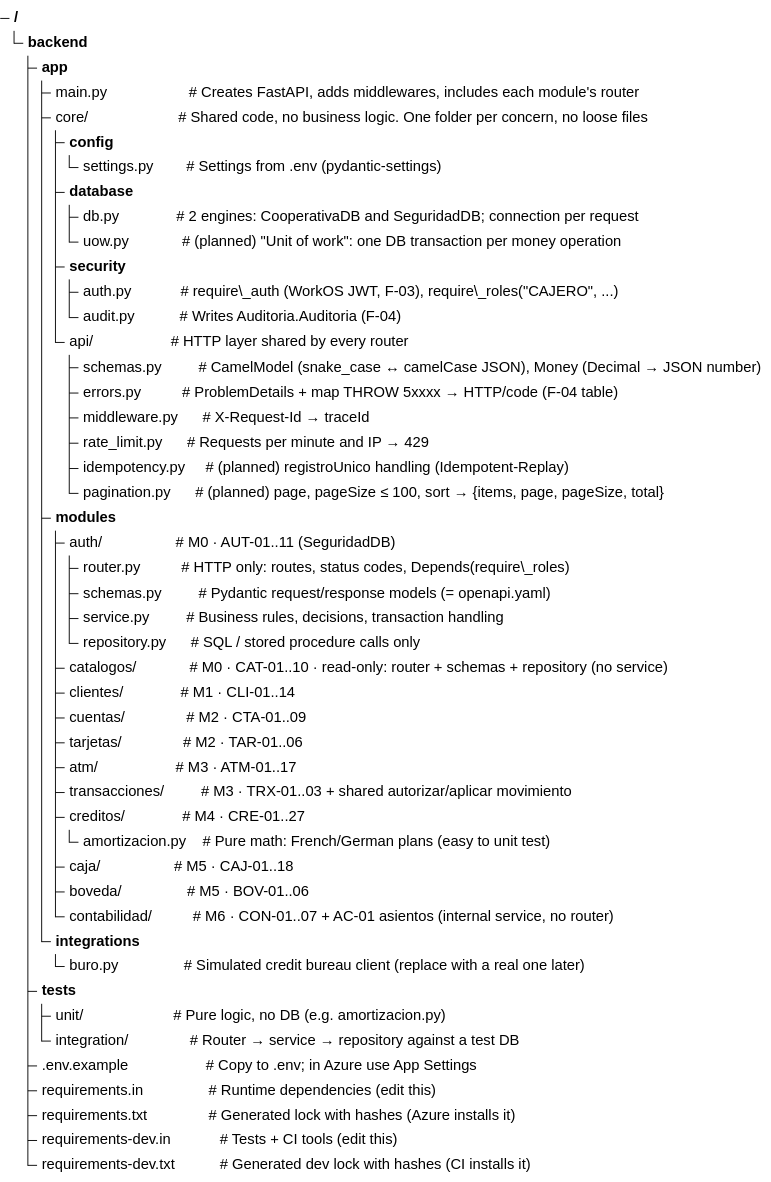
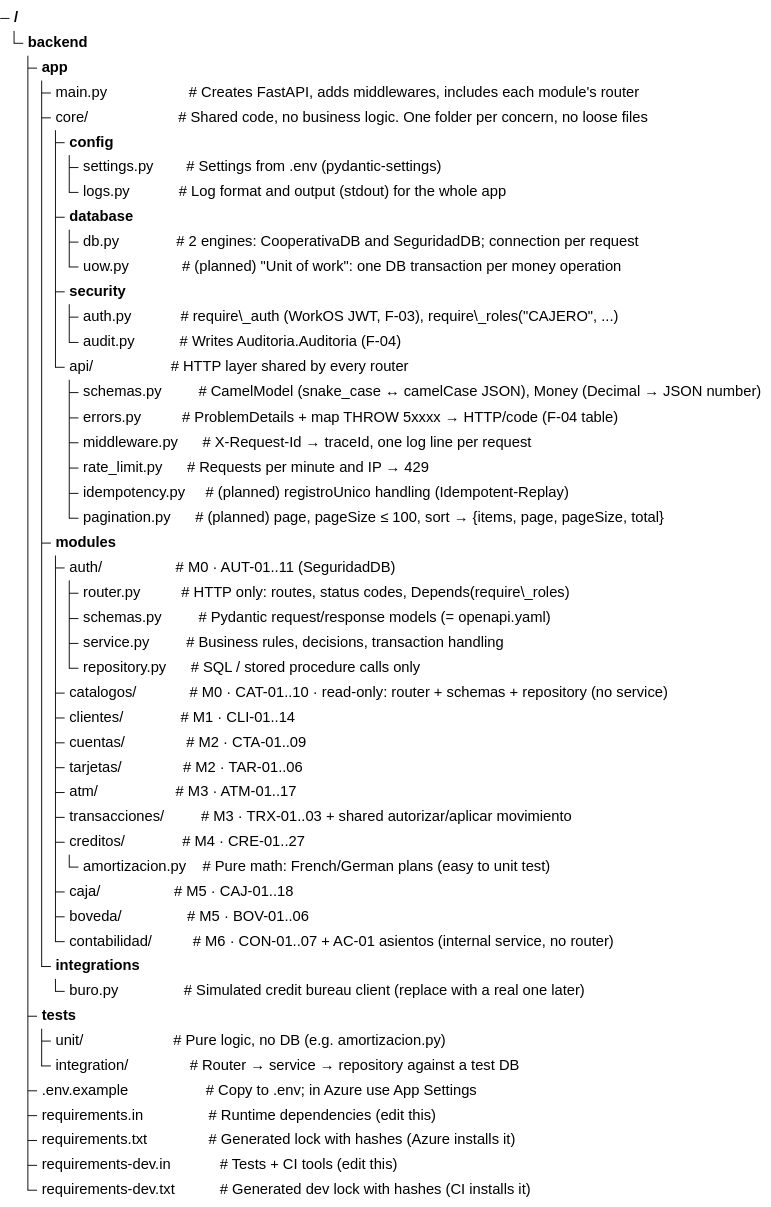
Before and after one commit to hugo-chicaiza/Banking-Platform: the diagram in Backend/TreeFolderStructure.md, drawn with Mermaid (neutral theme). The commit also changed other lines of this file and 11 other files, not shown here.

````diff
--- a/Backend/TreeFolderStructure.md
+++ b/Backend/TreeFolderStructure.md
@@ -1,53 +1,54 @@
 ```mermaid
 treeView-beta
 backend/
 ├── app/
 │   ├── main.py                    # Creates FastAPI, adds middlewares, includes each module's router
 │   ├── core/                      # Shared code, no business logic. One folder per concern, no loose files
 │   │   ├── config/
-│   │   │   └── settings.py        # Settings from .env (pydantic-settings)
+│   │   │   ├── settings.py        # Settings from .env (pydantic-settings)
+│   │   │   └── logs.py            # Log format and output (stdout) for the whole app
 │   │   ├── database/
 │   │   │   ├── db.py              # 2 engines: CooperativaDB and SeguridadDB; connection per request
 │   │   │   └── uow.py             # (planned) "Unit of work": one DB transaction per money operation
 │   │   ├── security/
 │   │   │   ├── auth.py            # require\_auth (WorkOS JWT, F-03), require\_roles("CAJERO", ...)
 │   │   │   └── audit.py           # Writes Auditoria.Auditoria (F-04)
 │   │   └── api/                   # HTTP layer shared by every router
 │   │       ├── schemas.py         # CamelModel (snake_case ↔ camelCase JSON), Money (Decimal → JSON number)
 │   │       ├── errors.py          # ProblemDetails + map THROW 5xxxx → HTTP/code (F-04 table)
-│   │       ├── middleware.py      # X-Request-Id → traceId
+│   │       ├── middleware.py      # X-Request-Id → traceId, one log line per request
 │   │       ├── rate_limit.py      # Requests per minute and IP → 429
 │   │       ├── idempotency.py     # (planned) registroUnico handling (Idempotent-Replay)
 │   │       └── pagination.py      # (planned) page, pageSize ≤ 100, sort → {items, page, pageSize, total}
 │   │
 │   ├── modules/
 │   │   ├── auth/                  # M0 · AUT-01..11 (SeguridadDB)
 │   │   │   ├── router.py          # HTTP only: routes, status codes, Depends(require\_roles)
 │   │   │   ├── schemas.py         # Pydantic request/response models (= openapi.yaml)
 │   │   │   ├── service.py         # Business rules, decisions, transaction handling
 │   │   │   └── repository.py      # SQL / stored procedure calls only
 │   │   ├── catalogos/             # M0 · CAT-01..10 · read-only: router + schemas + repository (no service)
 │   │   ├── clientes/              # M1 · CLI-01..14
 │   │   ├── cuentas/               # M2 · CTA-01..09
 │   │   ├── tarjetas/               # M2 · TAR-01..06
 │   │   ├── atm/                   # M3 · ATM-01..17
 │   │   ├── transacciones/         # M3 · TRX-01..03 + shared autorizar/aplicar movimiento
 │   │   ├── creditos/              # M4 · CRE-01..27
 │   │   │   └── amortizacion.py    # Pure math: French/German plans (easy to unit test)
 │   │   ├── caja/                  # M5 · CAJ-01..18
 │   │   ├── boveda/                # M5 · BOV-01..06
 │   │   └── contabilidad/          # M6 · CON-01..07 + AC-01 asientos (internal service, no router)
 │   │
 │   └── integrations/
 │       └── buro.py                # Simulated credit bureau client (replace with a real one later)
 │
 ├── tests/
 │   ├── unit/                      # Pure logic, no DB (e.g. amortizacion.py)
 │   └── integration/               # Router → service → repository against a test DB
 │
 ├── .env.example                   # Copy to .env; in Azure use App Settings
 ├── requirements.in                # Runtime dependencies (edit this)
 ├── requirements.txt               # Generated lock with hashes (Azure installs it)
 ├── requirements-dev.in            # Tests + CI tools (edit this)
 └── requirements-dev.txt           # Generated dev lock with hashes (CI installs it)
 ```
````
